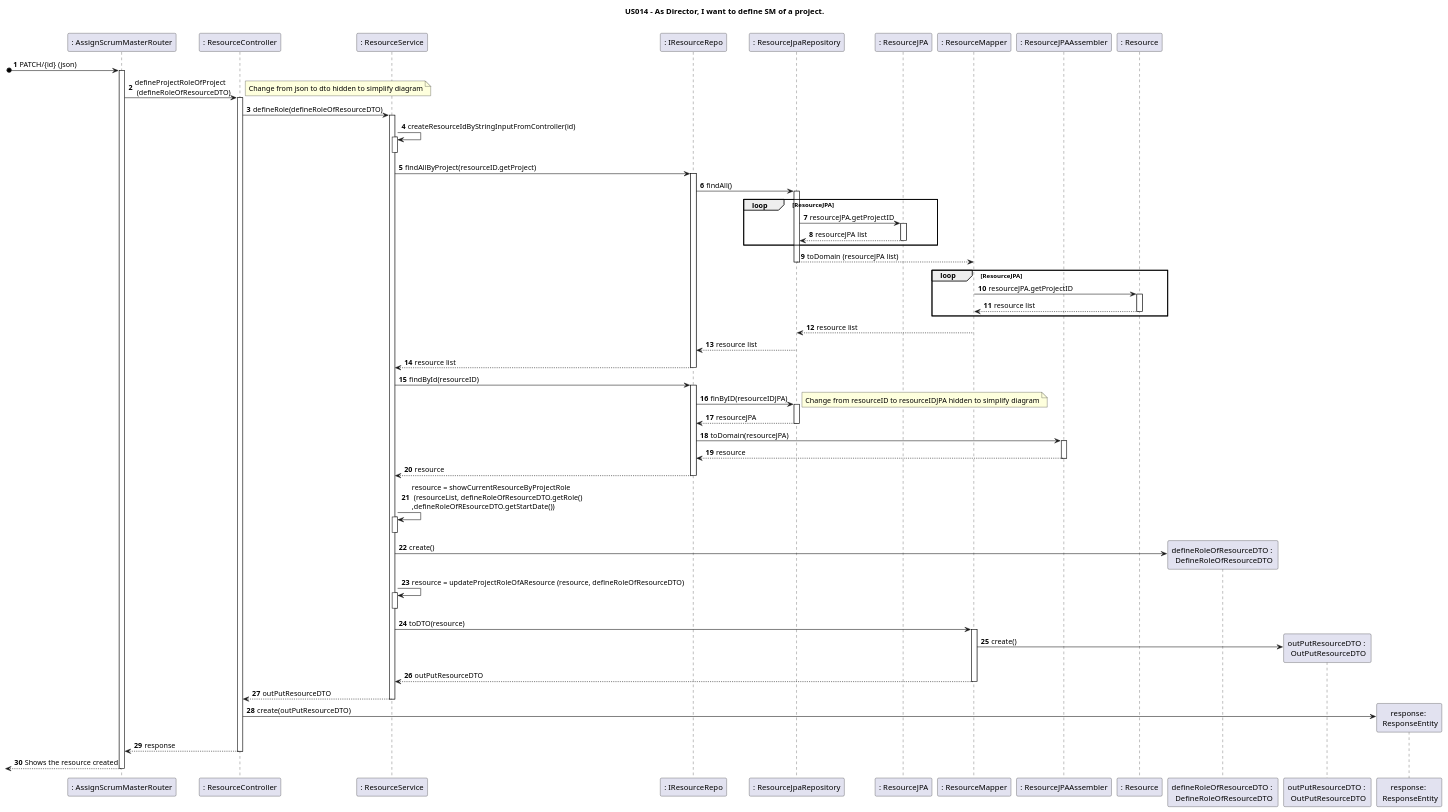
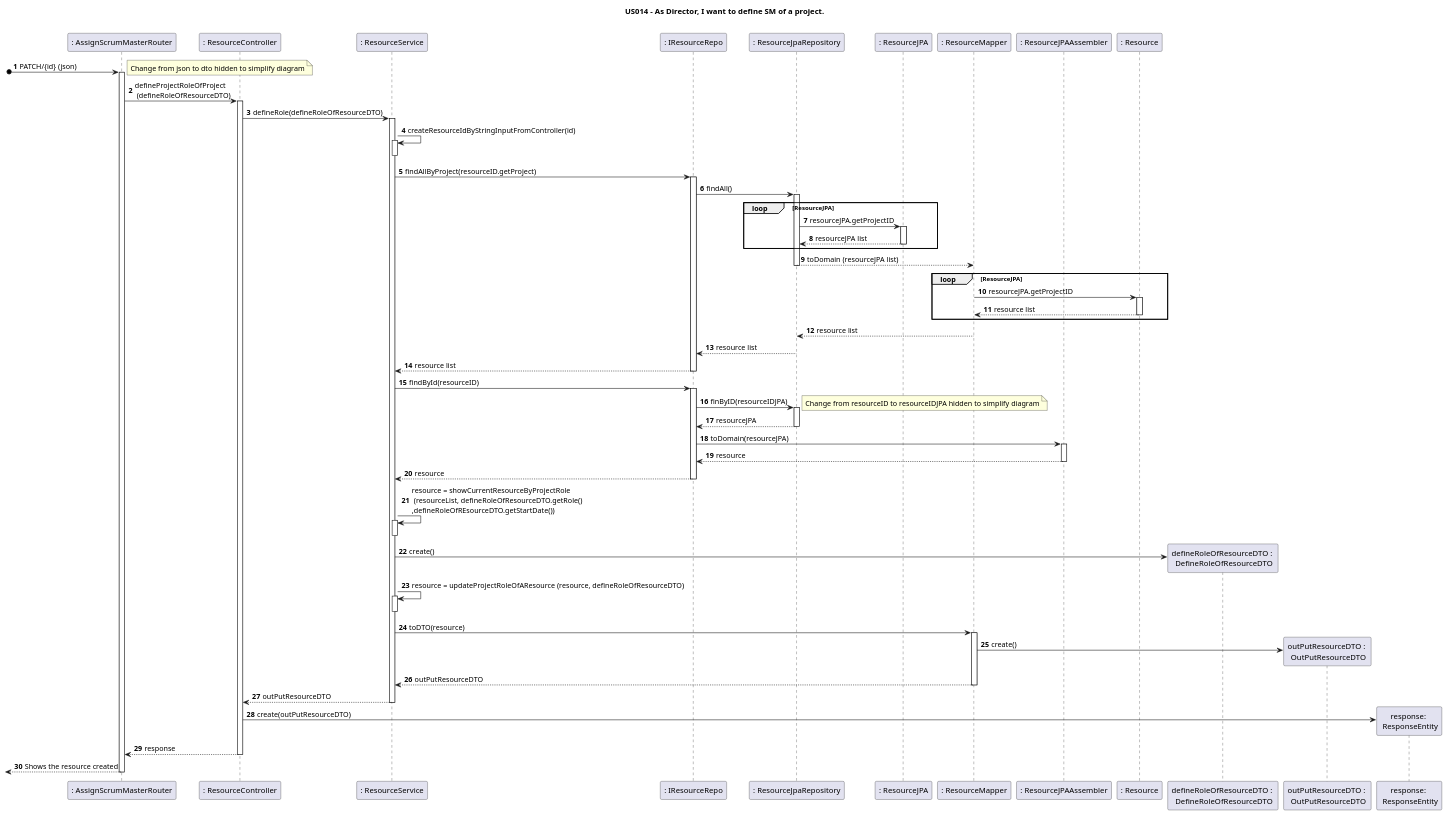
Before and after one commit to nunogon1211787/projectManagement: the diagram in docs/Sprint2/US014/US014-SD.puml, drawn with PlantUML. The commit also changed other lines of this file and 9 other files, not shown here.

```diff
--- a/docs/Sprint2/US014/US014-SD.puml
+++ b/docs/Sprint2/US014/US014-SD.puml
@@ -1,67 +1,67 @@
 @startuml
 'https://plantuml.com/sequence-diagram
 
 title US014 - As Director, I want to define SM of a project.
 
 autonumber
 
 participant ": AssignScrumMasterRouter" as Route
 participant ": ResourceController" as Ctrl
 participant ": ResourceService" as service
 participant ": IResourceRepo" as iResourceRepo
 participant ": ResourceJpaRepository" as resourceJPARepository
 participant ": ResourceJPA" as resourceJPA
 participant ": ResourceMapper" as mapper
 participant ": ResourceJPAAssembler" as assembler
 participant ": Resource" as resource
 participant "defineRoleOfResourceDTO : \n DefineRoleOfResourceDTO" as defineRoleOfResourceDTO
 participant "outPutResourceDTO : \n OutPutResourceDTO" as outPutResourceDTO
 participant "response: \n ResponseEntity" as json
 
 
 autoactivate on
 
 [o-> Route: PATCH/{id} (json)
-Route -> Ctrl: defineProjectRoleOfProject \n (defineRoleOfResourceDTO)
 note right
 Change from json to dto hidden to simplify diagram
 end note
+Route -> Ctrl: defineProjectRoleOfProject \n (defineRoleOfResourceDTO)
 Ctrl -> service: defineRole(defineRoleOfResourceDTO)
 service -> service: createResourceIdByStringInputFromController(id)
 deactivate
 service -> iResourceRepo: findAllByProject(resourceID.getProject)
 iResourceRepo -> resourceJPARepository: findAll()
 loop ResourceJPA
 resourceJPARepository -> resourceJPA: resourceJPA.getProjectID
 return resourceJPA list
 end
 resourceJPARepository --> mapper: toDomain (resourceJPA list)
 loop ResourceJPA
 mapper -> resource: resourceJPA.getProjectID
 return resource list
 end
 mapper --> resourceJPARepository: resource list
 resourceJPARepository --> iResourceRepo: resource list
 iResourceRepo --> service: resource list
 service -> iResourceRepo: findById(resourceID)
 iResourceRepo -> resourceJPARepository: finByID(resourceIDJPA)
 note right
 Change from resourceID to resourceIDJPA hidden to simplify diagram
 end note
 resourceJPARepository --> iResourceRepo: resourceJPA
 iResourceRepo -> assembler: toDomain(resourceJPA)
 assembler --> iResourceRepo: resource
 iResourceRepo --> service: resource
 service -> service: resource = showCurrentResourceByProjectRole \n (resourceList, defineRoleOfResourceDTO.getRole() \n,defineRoleOfREsourceDTO.getStartDate())
 deactivate
 service -> defineRoleOfResourceDTO ** : create()
 service -> service: resource = updateProjectRoleOfAResource (resource, defineRoleOfResourceDTO)
 deactivate
 service -> mapper: toDTO(resource)
 mapper -> outPutResourceDTO **: create()
 mapper --> service: outPutResourceDTO
 service --> Ctrl: outPutResourceDTO
 Ctrl -> json **: create(outPutResourceDTO)
 Ctrl --> Route: response
 [<--Route : Shows the resource created
 @enduml
```
